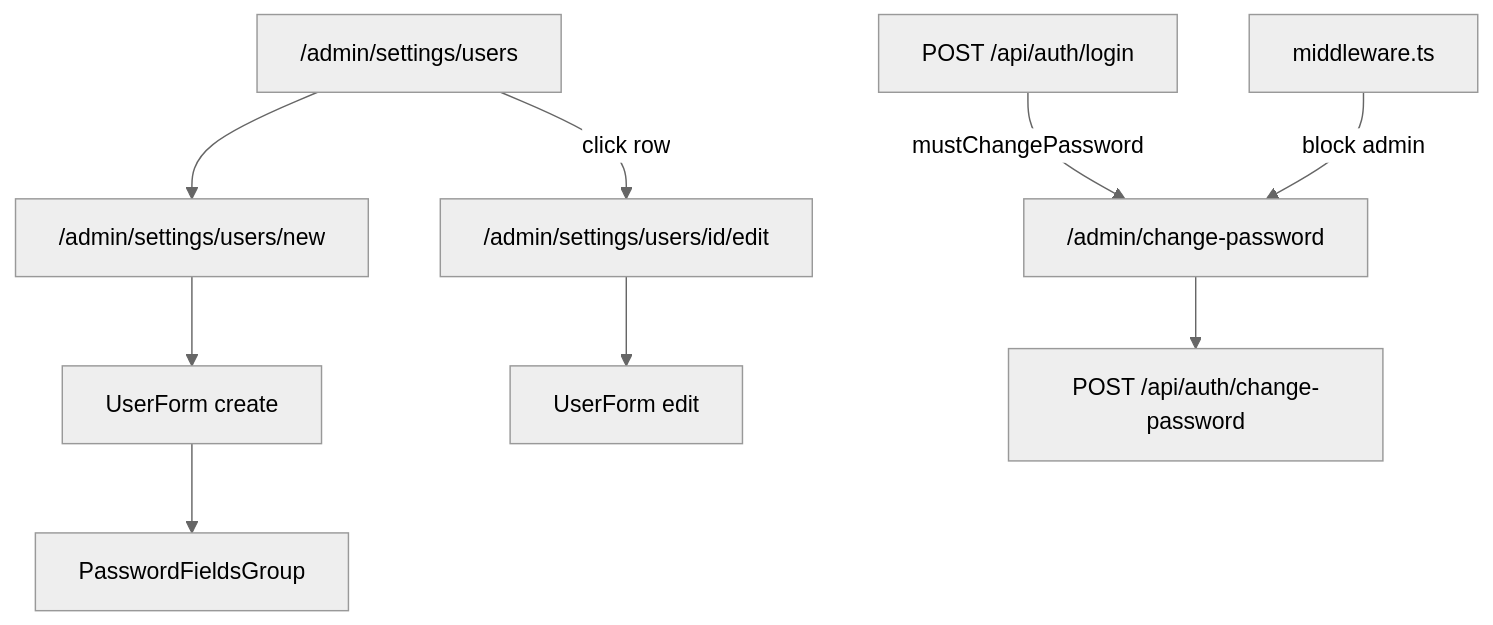
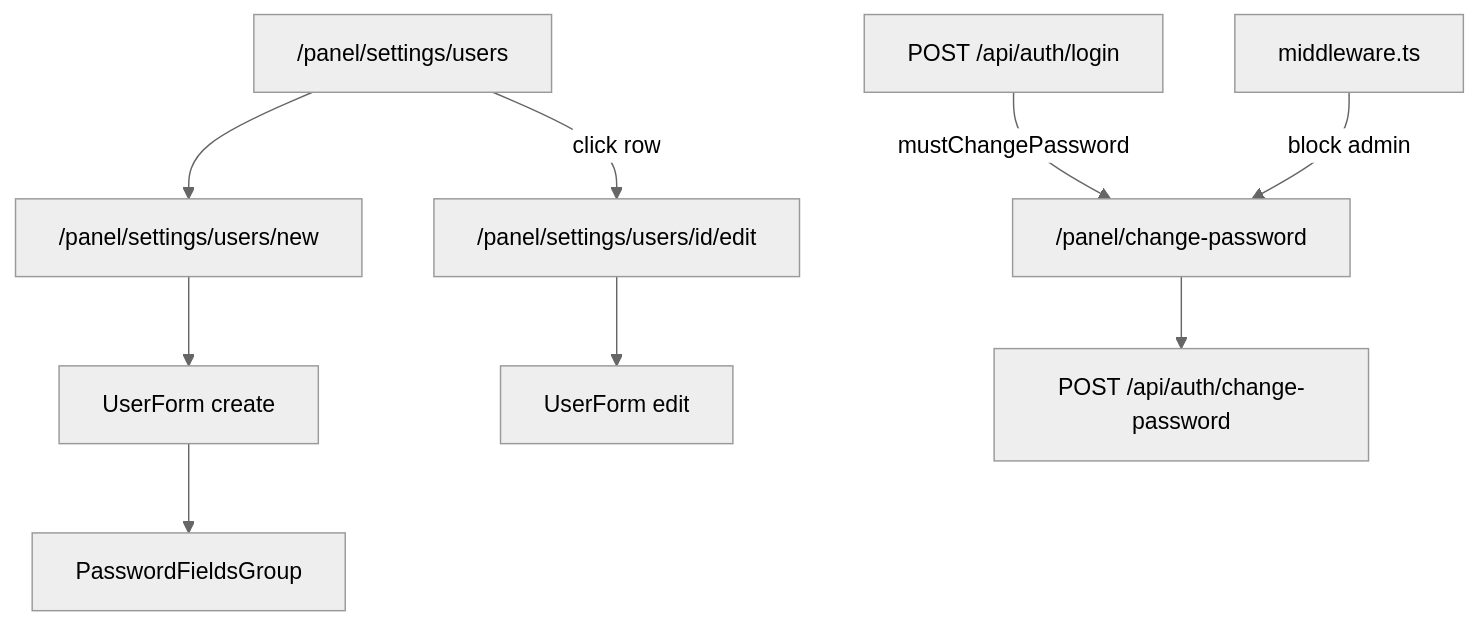
Before and after one commit to butbeautifulv/fstec: the diagram in .cursor/plans/user_edit_passwords_4dfb627e.plan.md, drawn with Mermaid (neutral theme). The commit also changed other lines of this file and 204 other files, not shown here.

````diff
--- a/.cursor/plans/user_edit_passwords_4dfb627e.plan.md
+++ b/.cursor/plans/user_edit_passwords_4dfb627e.plan.md
@@ -38,11 +38,11 @@
 ```mermaid
 flowchart TD
-  usersList["/admin/settings/users"] -->|click row| userEdit["/admin/settings/users/id/edit"]
-  usersList --> userNew["/admin/settings/users/new"]
+  usersList["/panel/settings/users"] -->|click row| userEdit["/panel/settings/users/id/edit"]
+  usersList --> userNew["/panel/settings/users/new"]
   userNew --> userForm["UserForm create"]
   userEdit --> userFormEdit["UserForm edit"]
   userForm --> passwordFields["PasswordFieldsGroup"]
-  login["POST /api/auth/login"] -->|mustChangePassword| changePage["/admin/change-password"]
+  login["POST /api/auth/login"] -->|mustChangePassword| changePage["/panel/change-password"]
   changePage --> changeApi["POST /api/auth/change-password"]
   middleware["middleware.ts"] -->|block admin| changePage
 ```
````
